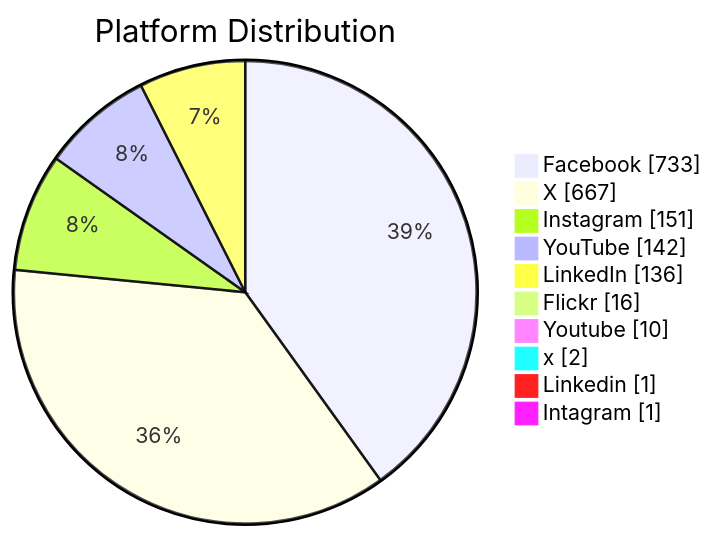
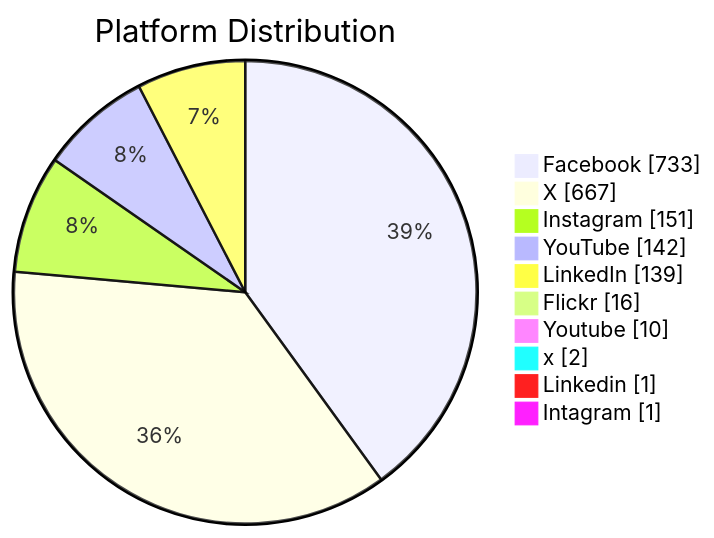
Before and after one commit to PatLittle/GC-Socials: the second of 6 diagrams in README.md, drawn with Mermaid. The commit also changed other lines of this file, not shown here.

Commit message:
Update README with Platform Distribution pie chart

````diff
--- a/README.md
+++ b/README.md
@@ -59,13 +62,13 @@
 ```mermaid
 pie showData title Platform Distribution
     "Facebook": 733
     "X": 667
     "Instagram": 151
     "YouTube": 142
-    "LinkedIn": 136
+    "LinkedIn": 139
     "Flickr": 16
     "Youtube": 10
     "x": 2
     "Linkedin": 1
     "Intagram": 1
 ```
````
